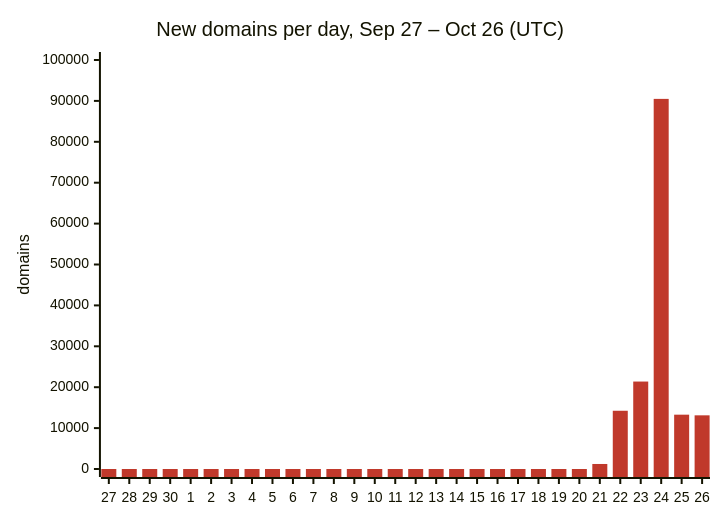
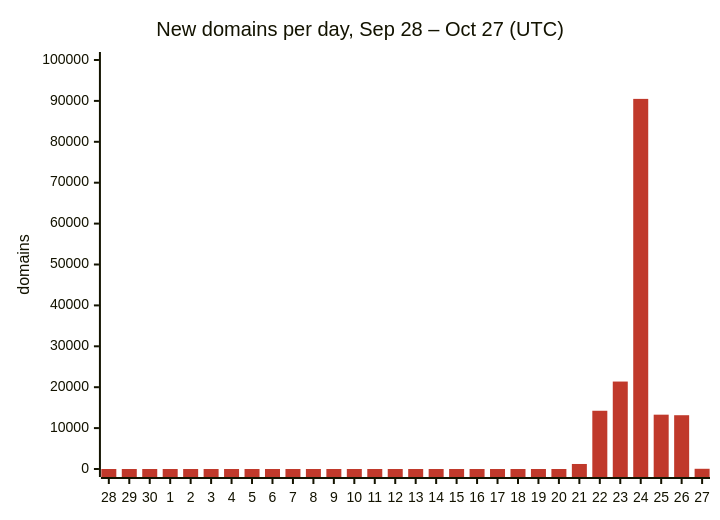
The first of 3 diagrams in README.md (DNSBunker/CTI), drawn with Mermaid before and after one commit. The commit also changed other lines of this file and 3 other files, not shown here.

First line of the commit message:
Update 2026-10-27 00:10 UTC: 472277 domains

````diff
--- a/README.md
+++ b/README.md
@@ -29,8 +29,8 @@
 ```mermaid
 %%{init: {"themeVariables": {"xyChart": {"plotColorPalette": "#c0392b"}}}}%%
 xychart-beta
-    title "New domains per day, Sep 27 – Oct 26 (UTC)"
-    x-axis ["27", "28", "29", "30", "1", "2", "3", "4", "5", "6", "7", "8", "9", "10", "11", "12", "13", "14", "15", "16", "17", "18", "19", "20", "21", "22", "23", "24", "25", "26"]
+    title "New domains per day, Sep 28 – Oct 27 (UTC)"
+    x-axis ["28", "29", "30", "1", "2", "3", "4", "5", "6", "7", "8", "9", "10", "11", "12", "13", "14", "15", "16", "17", "18", "19", "20", "21", "22", "23", "24", "25", "26", "27"]
     y-axis "domains" 0 --> 100000
-    bar [0, 0, 0, 0, 0, 0, 0, 0, 0, 0, 0, 0, 0, 0, 0, 0, 0, 0, 0, 0, 0, 0, 0, 0, 1227, 14240, 21381, 90492, 13281, 13122]
+    bar [0, 0, 0, 0, 0, 0, 0, 0, 0, 0, 0, 0, 0, 0, 0, 0, 0, 0, 0, 0, 0, 0, 0, 1227, 14240, 21381, 90492, 13281, 13149, 53]
 ```
````
